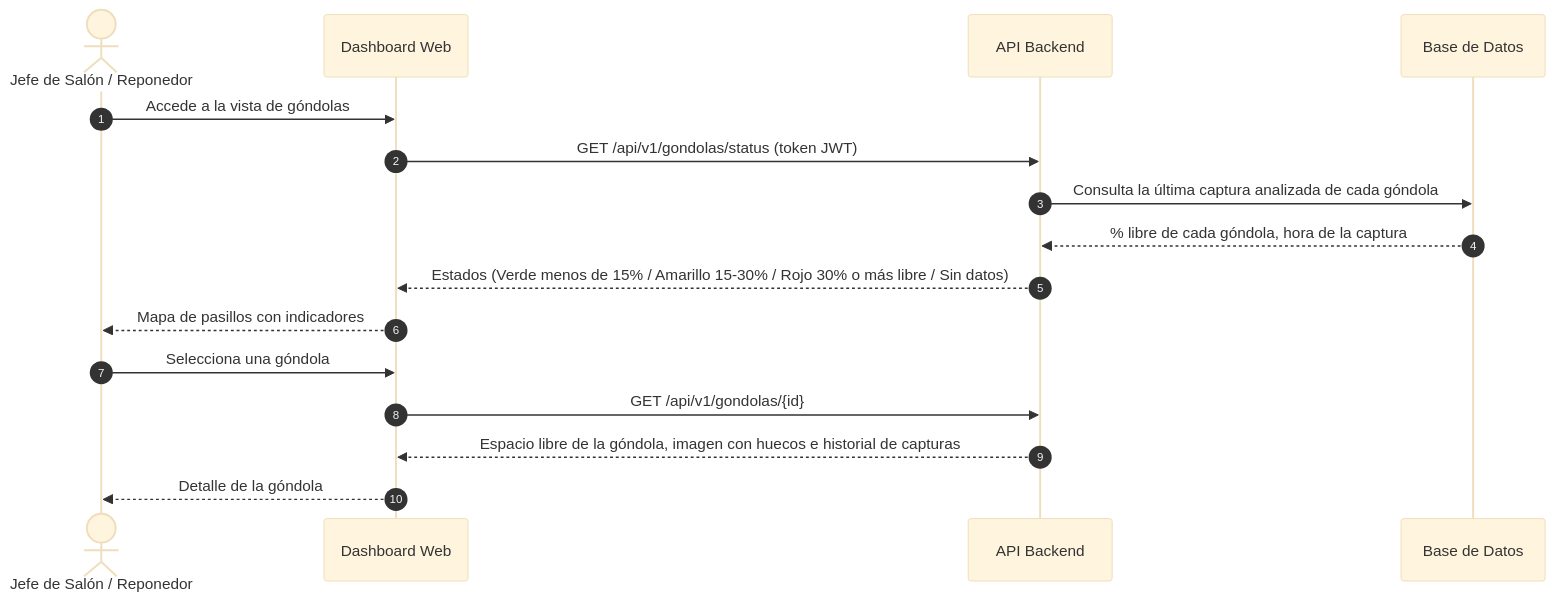
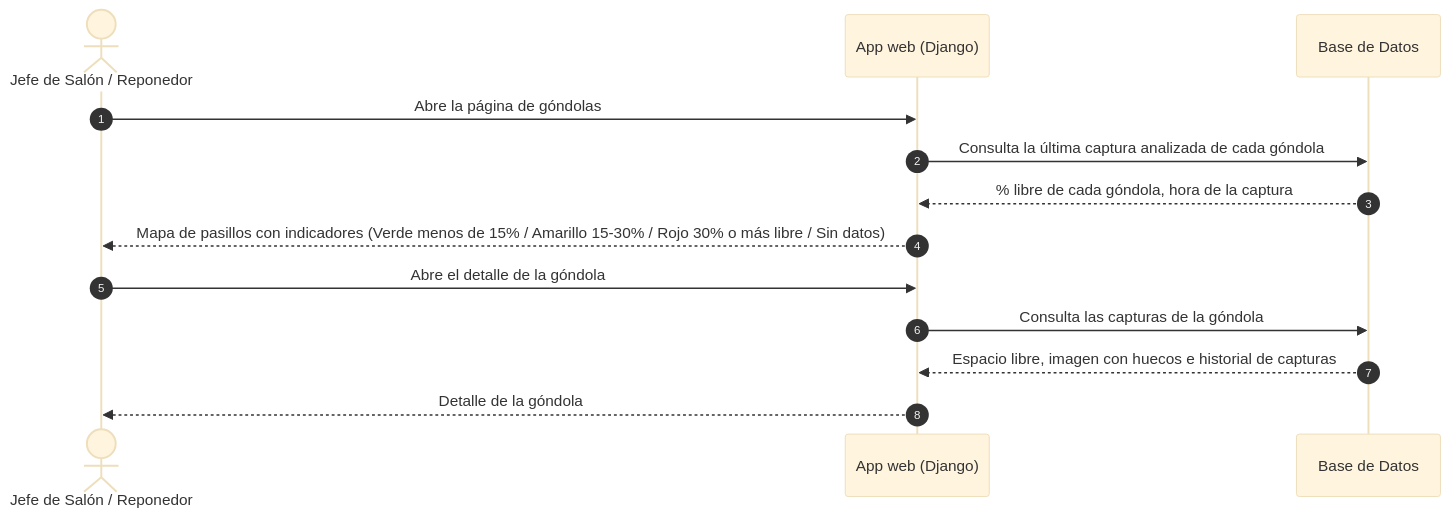
The diagram in Anexos/Diseño/Diagramas fuente (Mermaid)/Diagrama C.U 03.mmd (marianapeachy/capstone), drawn with Mermaid (base theme) before and after one commit. The commit also changed 5 other files, not shown here.

Commit message:
docs: replace REST and JWT calls with Django pages in CU03-CU05 diagrams (#42)

```diff
--- a/Anexos/Diseño/Diagramas fuente (Mermaid)/Diagrama C.U 03.mmd
+++ b/Anexos/Diseño/Diagramas fuente (Mermaid)/Diagrama C.U 03.mmd
@@ -1,16 +1,13 @@
 sequenceDiagram
     autonumber
     actor U as Jefe de Salón / Reponedor
-    participant Web as Dashboard Web
-    participant API as API Backend
+    participant Web as App web (Django)
     participant BD as Base de Datos
-    U->>Web: Accede a la vista de góndolas
-    Web->>API: GET /api/v1/gondolas/status (token JWT)
-    API->>BD: Consulta la última captura analizada de cada góndola
-    BD-->>API: % libre de cada góndola, hora de la captura
-    API-->>Web: Estados (Verde menos de 15% / Amarillo 15-30% / Rojo 30% o más libre / Sin datos)
-    Web-->>U: Mapa de pasillos con indicadores
-    U->>Web: Selecciona una góndola
-    Web->>API: GET /api/v1/gondolas/{id}
-    API-->>Web: Espacio libre de la góndola, imagen con huecos e historial de capturas
+    U->>Web: Abre la página de góndolas
+    Web->>BD: Consulta la última captura analizada de cada góndola
+    BD-->>Web: % libre de cada góndola, hora de la captura
+    Web-->>U: Mapa de pasillos con indicadores (Verde menos de 15% / Amarillo 15-30% / Rojo 30% o más libre / Sin datos)
+    U->>Web: Abre el detalle de la góndola
+    Web->>BD: Consulta las capturas de la góndola
+    BD-->>Web: Espacio libre, imagen con huecos e historial de capturas
     Web-->>U: Detalle de la góndola
```
